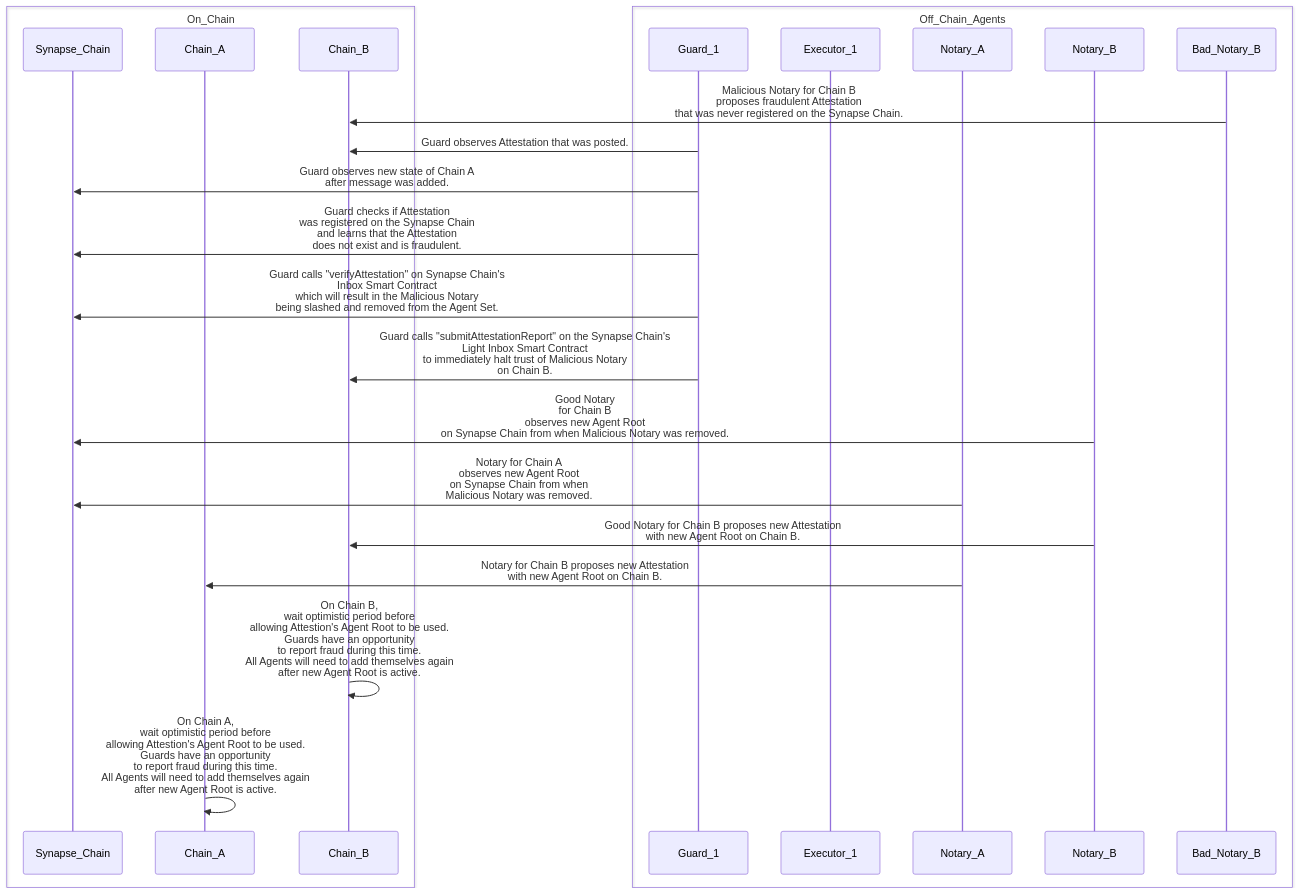
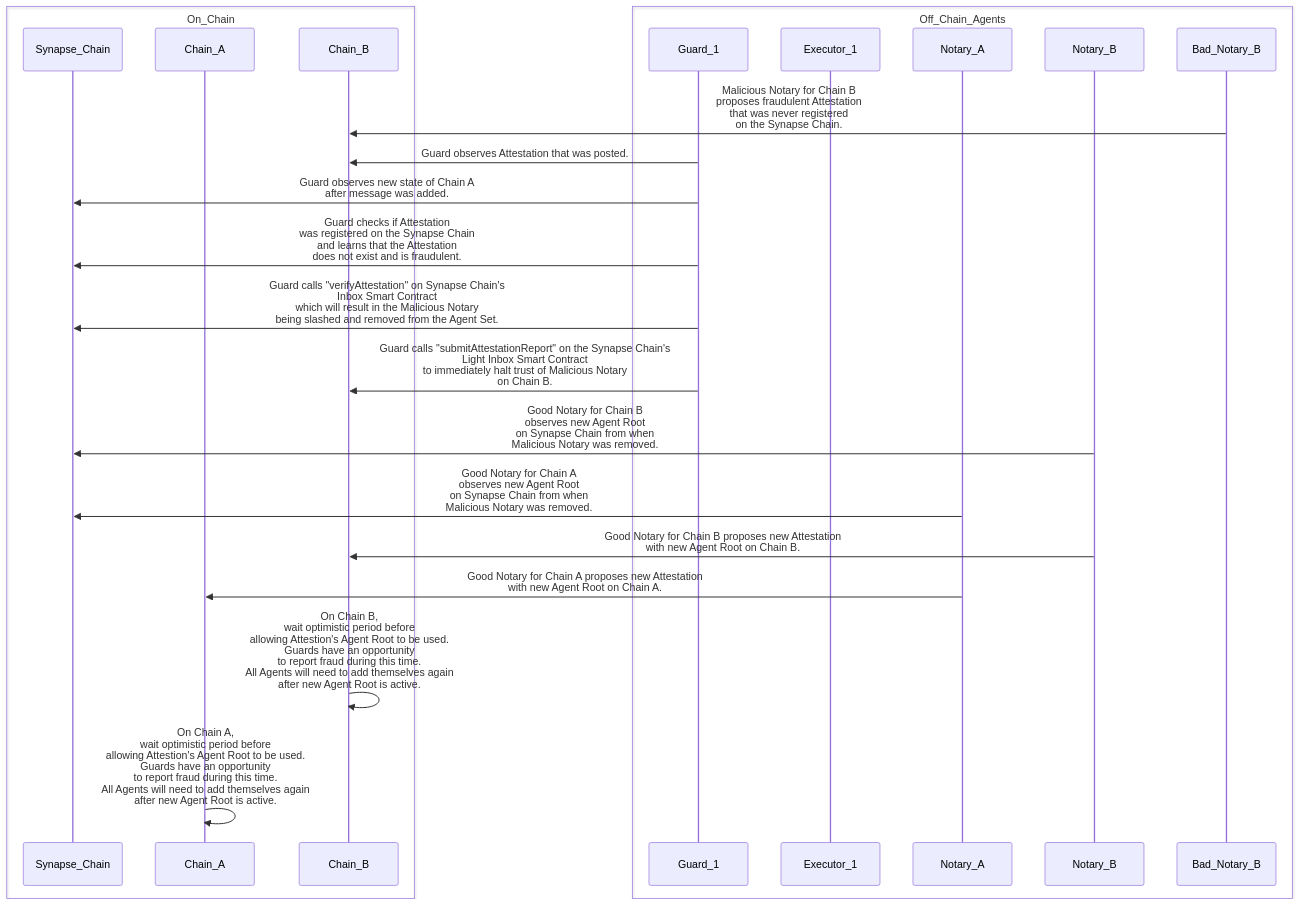
One commit to synapsecns/sanguine changed the tenth of 15 diagrams in packages/docs/docs/consensus/crosschainmessaging.md. Above: the diagram before and after it, drawn with Mermaid. The commit also changed other lines of this file and 1 other file, not shown here.

````diff
--- a/packages/docs/docs/consensus/crosschainmessaging.md
+++ b/packages/docs/docs/consensus/crosschainmessaging.md
@@ -616,27 +619,27 @@
 ```mermaid
 sequenceDiagram
     box On_Chain
     participant Synapse_Chain
     participant Chain_A
     participant Chain_B
     end
     box Off_Chain_Agents
     participant Guard_1
     participant Executor_1
     participant Notary_A
     participant Notary_B
     participant Bad_Notary_B
     end
-    Bad_Notary_B->>Chain_B: Malicious Notary for Chain B<br/> proposes fraudulent Attestation<br/> that was never registered on the Synapse Chain.
+    Bad_Notary_B->>Chain_B: Malicious Notary for Chain B<br/> proposes fraudulent Attestation<br/> that was never registered<br/> on the Synapse Chain.
     Guard_1->>Chain_B: Guard observes Attestation that was posted.
     Guard_1->>Synapse_Chain: Guard observes new state of Chain A<br/> after message was added.
     Guard_1->>Synapse_Chain: Guard checks if Attestation<br/> was registered on the Synapse Chain<br/> and learns that the Attestation<br/> does not exist and is fraudulent.
     Guard_1->>Synapse_Chain: Guard calls "verifyAttestation" on Synapse Chain's<br/> Inbox Smart Contract <br/> which will result in the Malicious Notary<br/> being slashed and removed from the Agent Set.
     Guard_1->>Chain_B: Guard calls "submitAttestationReport" on the Synapse Chain's<br/> Light Inbox Smart Contract <br/> to immediately halt trust of Malicious Notary<br/> on Chain B.
-    Notary_B->>Synapse_Chain: Good Notary<br/> for Chain B<br/> observes new Agent Root<br/> on Synapse Chain from when Malicious Notary was removed.
-    Notary_A->>Synapse_Chain: Notary for Chain A<br/> observes new Agent Root<br/> on Synapse Chain from when<br/> Malicious Notary was removed.
+    Notary_B->>Synapse_Chain: Good Notary for Chain B<br/> observes new Agent Root<br/> on Synapse Chain from when<br/> Malicious Notary was removed.
+    Notary_A->>Synapse_Chain: Good Notary for Chain A<br/> observes new Agent Root<br/> on Synapse Chain from when<br/> Malicious Notary was removed.
     Notary_B->>Chain_B: Good Notary for Chain B proposes new Attestation<br/> with new Agent Root on Chain B.
-    Notary_A->>Chain_A: Notary for Chain B proposes new Attestation<br/> with new Agent Root on Chain B.
+    Notary_A->>Chain_A: Good Notary for Chain A proposes new Attestation<br/> with new Agent Root on Chain A.
     Chain_B->>Chain_B: On Chain B, <br/>wait optimistic period before<br/> allowing Attestion's Agent Root to be used. <br/> Guards have an opportunity<br/> to report fraud during this time.<br/>All Agents will need to add themselves again<br/> after new Agent Root is active.
     Chain_A->>Chain_A: On Chain A, <br/>wait optimistic period before<br/> allowing Attestion's Agent Root to be used. <br/> Guards have an opportunity<br/> to report fraud during this time.<br/>All Agents will need to add themselves again<br/> after new Agent Root is active.
 ```
````
